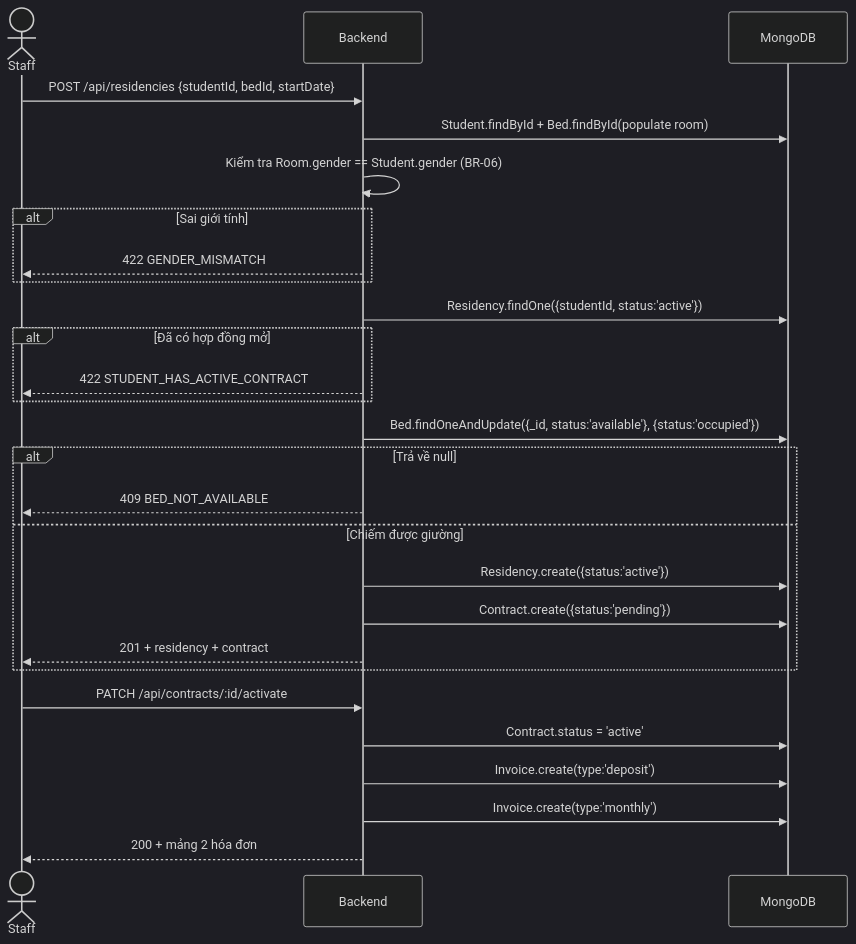
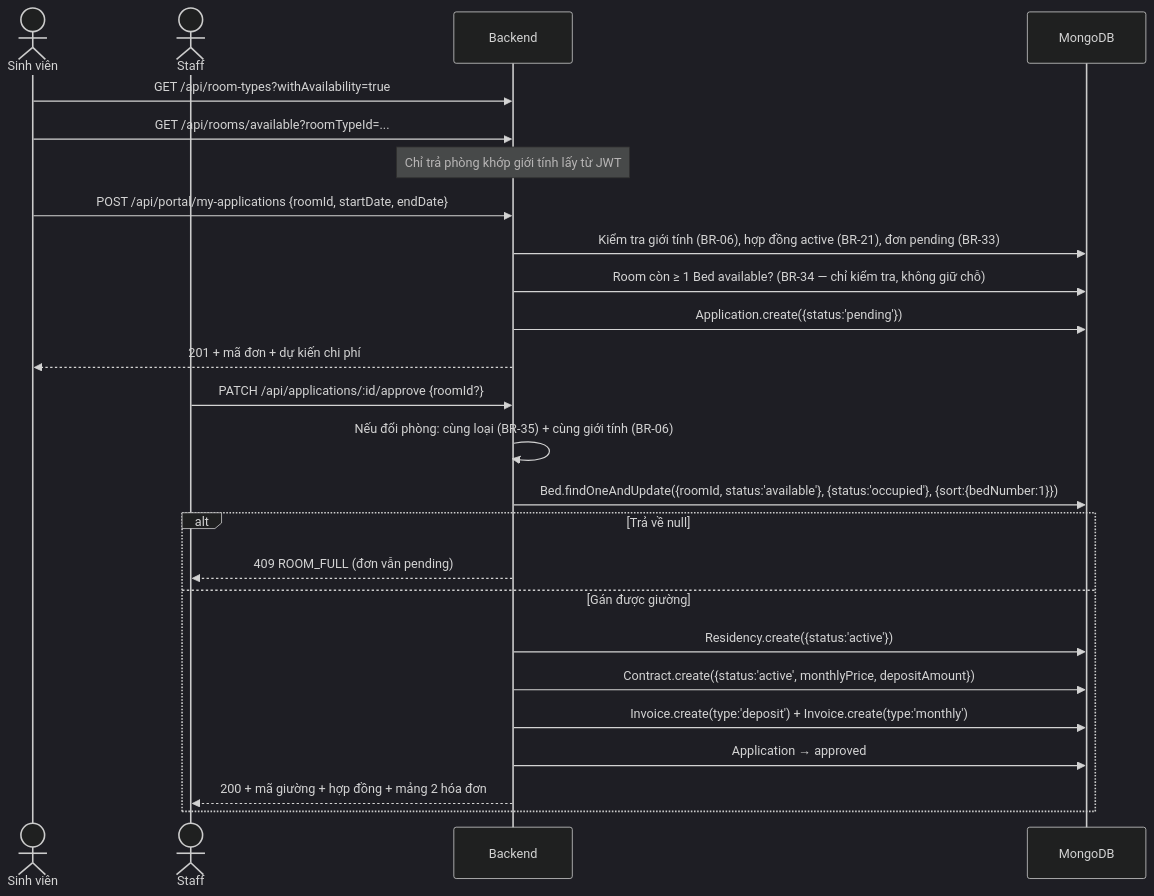
One commit to NguyenMinh205/FE_QuanLyKTX changed diagram 11 of 14 in docs/03-PHAN-TICH-NGHIEP-VU.md. Above: the diagram before and after it, drawn with Mermaid (dark theme). The commit also changed other lines of this file and 33 other files, not shown here.

````diff
--- a/docs/03-PHAN-TICH-NGHIEP-VU.md
+++ b/docs/03-PHAN-TICH-NGHIEP-VU.md
@@ -434,31 +505,29 @@
 ```mermaid
 sequenceDiagram
+    actor SV as Sinh viên
     actor NV as Staff
     participant API as Backend
     participant DB as MongoDB
 
-    NV->>API: POST /api/residencies {studentId, bedId, startDate}
-    API->>DB: Student.findById + Bed.findById(populate room)
-    API->>API: Kiểm tra Room.gender == Student.gender (BR-06)
-    alt Sai giới tính
-        API-->>NV: 422 GENDER_MISMATCH
+    SV->>API: GET /api/room-types?withAvailability=true
+    SV->>API: GET /api/rooms/available?roomTypeId=...
+    Note over API: Chỉ trả phòng khớp giới tính lấy từ JWT
+    SV->>API: POST /api/portal/my-applications {roomId, startDate, endDate}
+    API->>DB: Kiểm tra giới tính (BR-06), hợp đồng active (BR-21), đơn pending (BR-33)
+    API->>DB: Room còn ≥ 1 Bed available? (BR-34 — chỉ kiểm tra, không giữ chỗ)
+    API->>DB: Application.create({status:'pending'})
+    API-->>SV: 201 + mã đơn + dự kiến chi phí
+
+    NV->>API: PATCH /api/applications/:id/approve {roomId?}
+    API->>API: Nếu đổi phòng: cùng loại (BR-35) + cùng giới tính (BR-06)
+    API->>DB: Bed.findOneAndUpdate({roomId, status:'available'}, {status:'occupied'}, {sort:{bedNumber:1}})
+    alt Trả về null
+        API-->>NV: 409 ROOM_FULL (đơn vẫn pending)
+    else Gán được giường
+        API->>DB: Residency.create({status:'active'})
+        API->>DB: Contract.create({status:'active', monthlyPrice, depositAmount})
+        API->>DB: Invoice.create(type:'deposit') + Invoice.create(type:'monthly')
+        API->>DB: Application → approved
+        API-->>NV: 200 + mã giường + hợp đồng + mảng 2 hóa đơn
     end
-    API->>DB: Residency.findOne({studentId, status:'active'})
-    alt Đã có hợp đồng mở
-        API-->>NV: 422 STUDENT_HAS_ACTIVE_CONTRACT
-    end
-    API->>DB: Bed.findOneAndUpdate({_id, status:'available'}, {status:'occupied'})
-    alt Trả về null
-        API-->>NV: 409 BED_NOT_AVAILABLE
-    else Chiếm được giường
-        API->>DB: Residency.create({status:'active'})
-        API->>DB: Contract.create({status:'pending'})
-        API-->>NV: 201 + residency + contract
-    end
-
-    NV->>API: PATCH /api/contracts/:id/activate
-    API->>DB: Contract.status = 'active'
-    API->>DB: Invoice.create(type:'deposit')
-    API->>DB: Invoice.create(type:'monthly')
-    API-->>NV: 200 + mảng 2 hóa đơn
 ```
````
